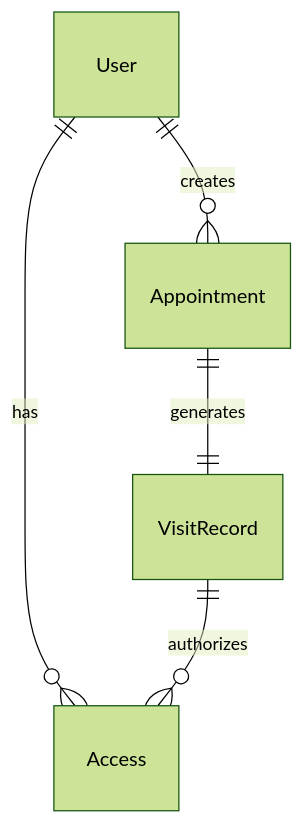
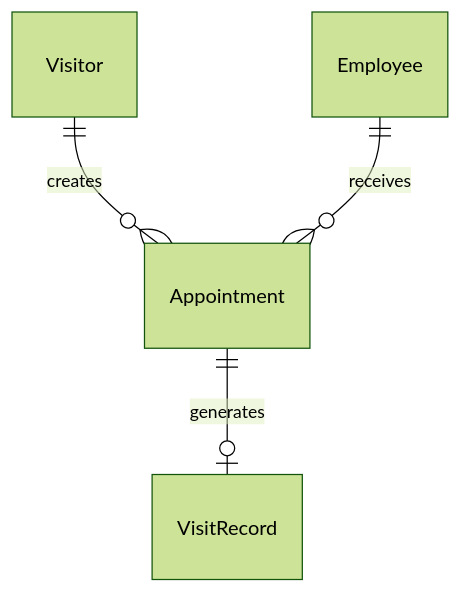
The first of 3 diagrams in devel/outlinedesign.md (yuhaibao39/n8ndeploy), drawn with Mermaid (forest theme) before and after one commit. The commit also changed other lines of this file, not shown here.

````diff
--- a/devel/outlinedesign.md
+++ b/devel/outlinedesign.md
@@ -42,7 +50,6 @@
 ```mermaid
 erDiagram
-    User ||--o{ Appointment : creates
-    Appointment ||--|| VisitRecord : generates
-    User ||--o{ Access : has
-    VisitRecord ||--o{ Access : authorizes
+    Visitor ||--o{ Appointment : creates
+    Employee ||--o{ Appointment : receives
+    Appointment ||--o| VisitRecord : generates
 ```
````
